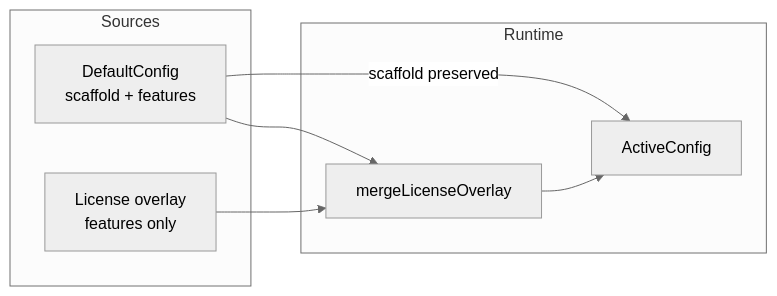
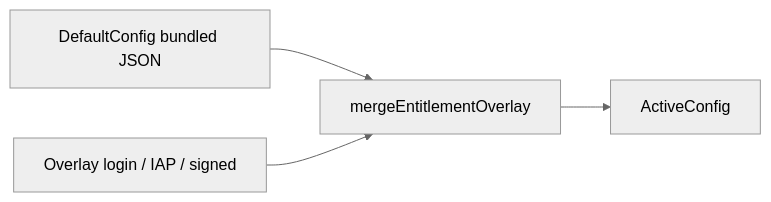
One commit to san-sk/sak changed the fourth of 4 diagrams in docs/ARCHITECTURE.md. Above: the diagram before and after it, drawn with Mermaid (neutral theme). The commit also changed other lines of this file and 67 other files, not shown here.

First line of the commit message:
Refactor SAK to entitlement-driven SDK and lean runtime.

````diff
--- a/docs/ARCHITECTURE.md
+++ b/docs/ARCHITECTURE.md
@@ -101,17 +238,10 @@
 ```mermaid
 flowchart LR
-    subgraph Sources
-        DC[DefaultConfig<br/>scaffold + features]
-        LO[License overlay<br/>features only]
-    end
-
-    subgraph Runtime
-        M[mergeLicenseOverlay]
-        AC[ActiveConfig]
-    end
-
+    DC[DefaultConfig bundled JSON]
+    OV[Overlay login / IAP / signed]
+    M[mergeEntitlementOverlay]
+    AC[ActiveConfig]
     DC --> M
-    LO --> M
+    OV --> M
     M --> AC
-    DC -->|scaffold preserved| AC
 ```
````
